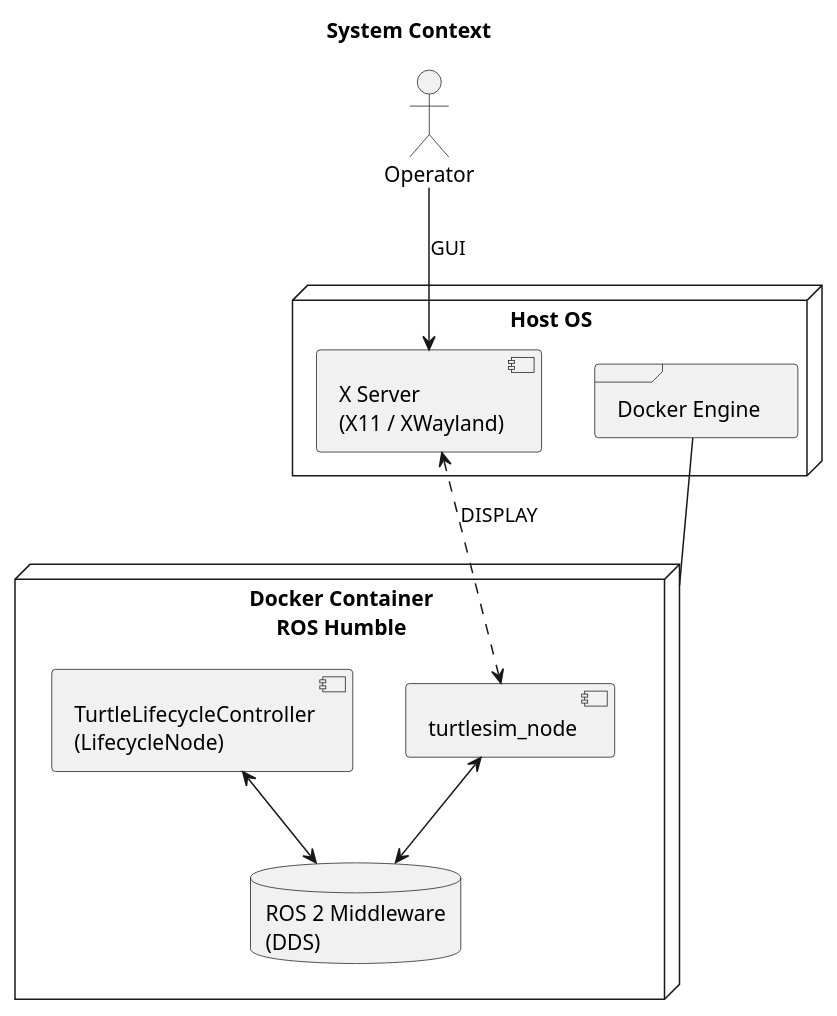
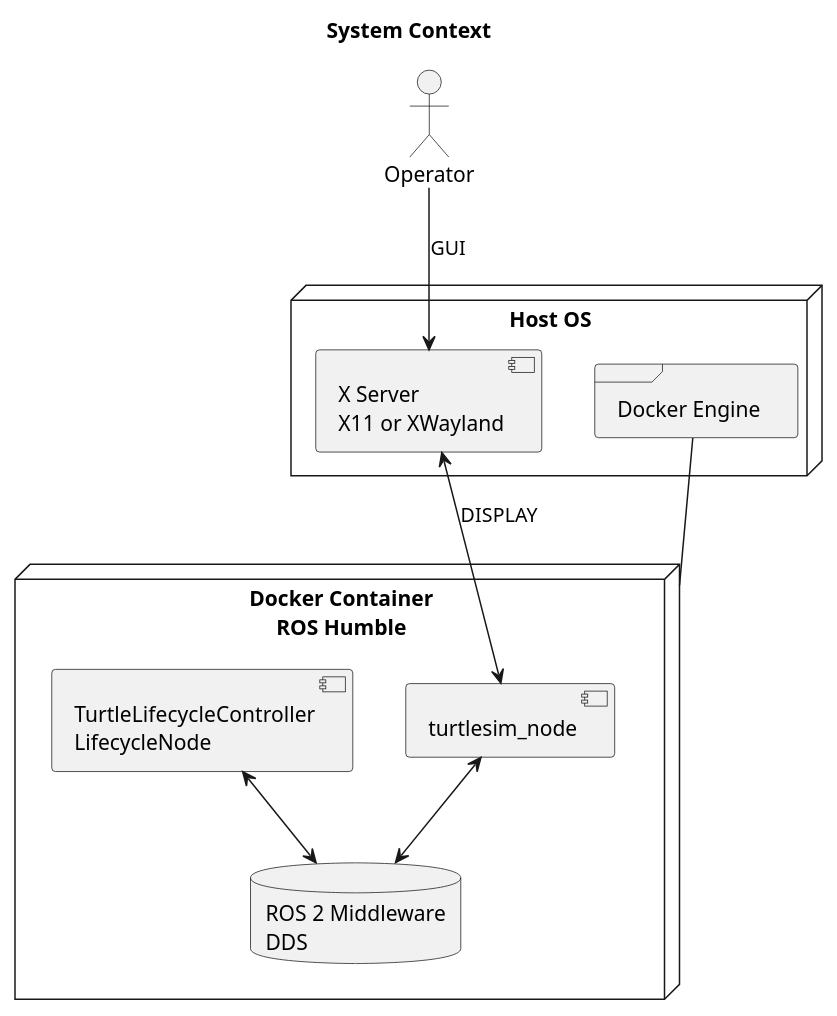
Before and after one commit to ptiwari0664/steerai_demo_lifecycle_controller: the diagram in code/steerai_demo_lifecycle_controller/docs/uml/system-context.puml, drawn with PlantUML. The commit also changed 1 other file, not shown here.

Commit message:
TYpe: added transparent file of system architecture

```diff
--- a/code/steerai_demo_lifecycle_controller/docs/uml/system-context.puml
+++ b/code/steerai_demo_lifecycle_controller/docs/uml/system-context.puml
@@ -1,23 +1,23 @@
 @startuml
 title System Context
 
 actor "Operator" as User
 
 node "Host OS" as Host {
-  component "X Server\n(X11 / XWayland)" as X11
+  component "X Server\nX11 or XWayland" as X11
   frame "Docker Engine" as Docker
 }
 
 node "Docker Container\nROS Humble" as C {
   component "turtlesim_node" as Turtlesim
-  component "TurtleLifecycleController\n(LifecycleNode)" as Ctrl
-  database "ROS 2 Middleware\n(DDS)" as DDS
+  component "TurtleLifecycleController\nLifecycleNode" as Ctrl
+  database "ROS 2 Middleware\nDDS" as DDS
 }
 
 User --> X11 : GUI
-X11 <..> Turtlesim : DISPLAY
+X11 <--> Turtlesim : DISPLAY
 Ctrl <--> DDS
 Turtlesim <--> DDS
 Docker -- C
 
 @enduml
```
